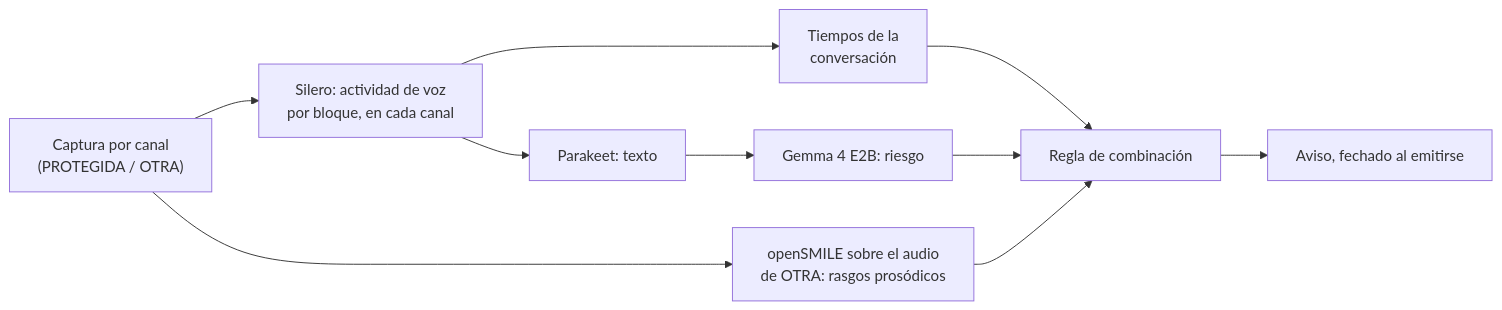
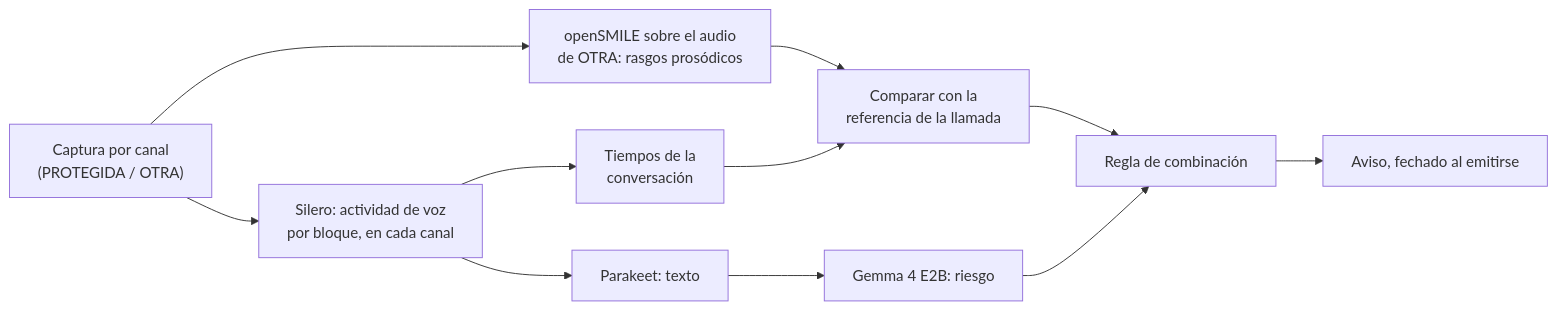
Before and after one commit to Corchets/bitacora_tesis: the diagram in docs/investigacion/MEJORA-FUTURA-ANALISIS-ACUSTICO.md, drawn with Mermaid. The commit also changed other lines of this file, not shown here.

````diff
--- a/docs/investigacion/MEJORA-FUTURA-ANALISIS-ACUSTICO.md
+++ b/docs/investigacion/MEJORA-FUTURA-ANALISIS-ACUSTICO.md
@@ -98,11 +114,12 @@
 ```mermaid
 flowchart LR
     C["Captura por canal<br/>(PROTEGIDA / OTRA)"] --> S["Silero: actividad de voz<br/>por bloque, en cada canal"]
     S --> T["Tiempos de la<br/>conversación"]
     S --> P["Parakeet: texto"] --> G["Gemma 4 E2B: riesgo"]
     C --> O["openSMILE sobre el audio<br/>de OTRA: rasgos prosódicos"]
-    T --> R["Regla de combinación"]
-    O --> R
+    O --> N["Comparar con la<br/>referencia de la llamada"]
+    T --> N
+    N --> R["Regla de combinación"]
     G --> R
     R --> AV["Aviso, fechado al emitirse"]
 ```
````
